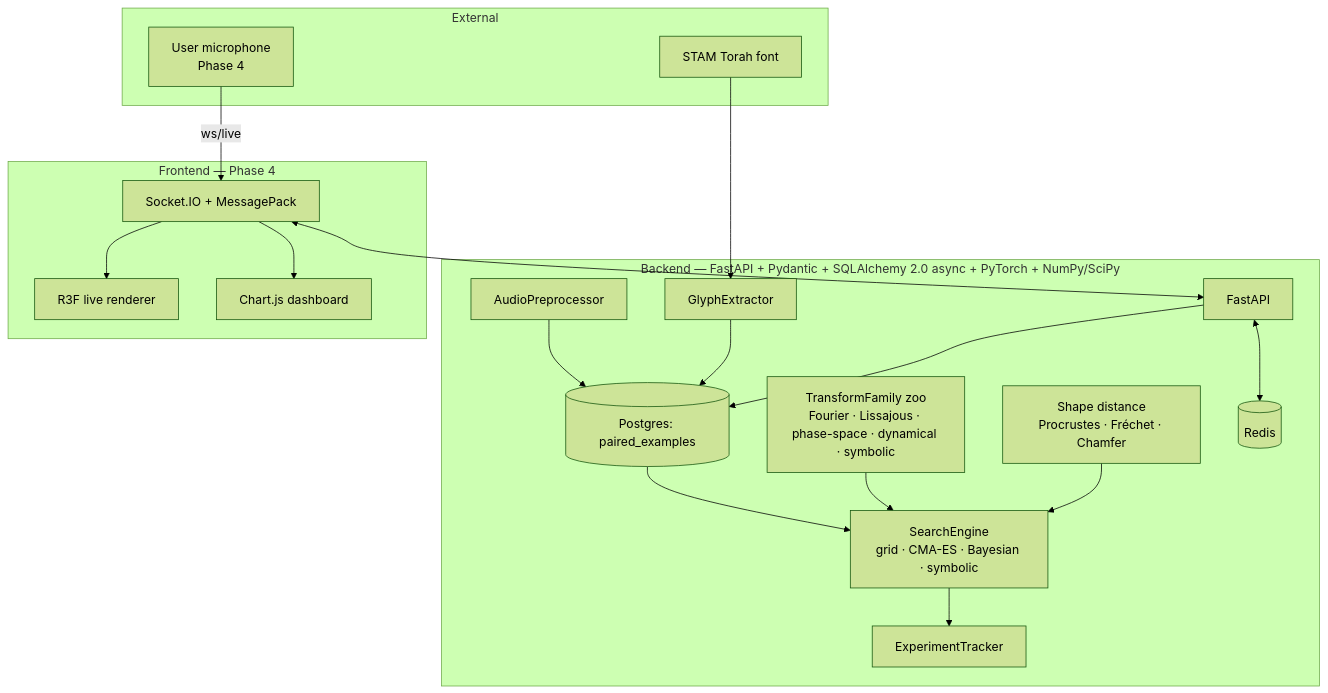
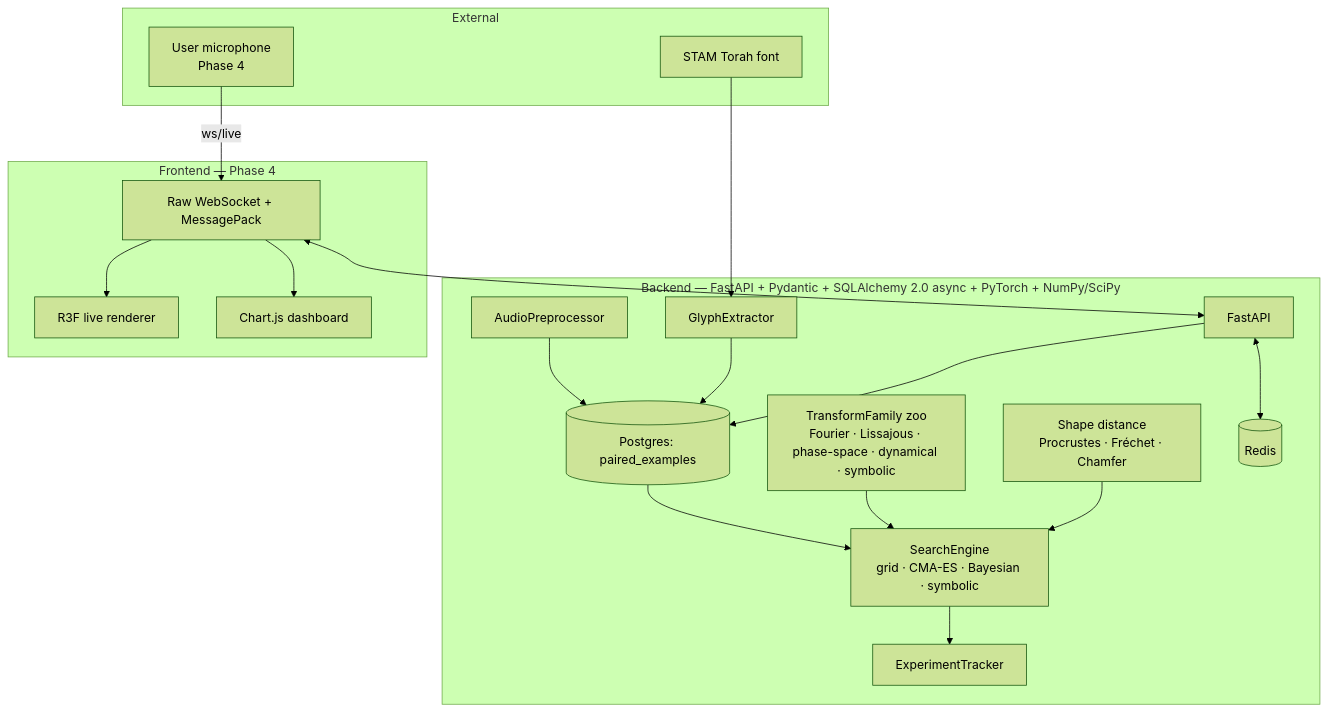
One commit to amrambouskila/audio-glyph-inference changed the first of 2 diagrams in README.md. Above: the diagram before and after it, drawn with Mermaid (forest theme). The commit also changed other lines of this file and 228 other files, not shown here.

````diff
--- a/README.md
+++ b/README.md
@@ -19,39 +19,39 @@
 ```mermaid
 graph TD
     subgraph "External"
         USER[User microphone<br/>Phase 4]
         FONT[STAM Torah font]
     end
 
     subgraph "Backend — FastAPI + Pydantic + SQLAlchemy 2.0 async + PyTorch + NumPy/SciPy"
         PREP[AudioPreprocessor]
         GLYPH[GlyphExtractor]
         PAIRS[(Postgres: paired_examples)]
         TRANSFORMS[TransformFamily zoo<br/>Fourier · Lissajous · phase-space · dynamical · symbolic]
         SEARCH[SearchEngine<br/>grid · CMA-ES · Bayesian · symbolic]
         SCORE[Shape distance<br/>Procrustes · Fréchet · Chamfer]
         TRACK[ExperimentTracker]
         API[FastAPI]
         REDIS[(Redis)]
     end
 
     subgraph "Frontend — Phase 4"
-        WS[Socket.IO + MessagePack]
+        WS[Raw WebSocket + MessagePack]
         LIVE[R3F live renderer]
         DASH[Chart.js dashboard]
     end
 
     FONT --> GLYPH
     USER -->|ws/live| WS
     PREP --> PAIRS
     GLYPH --> PAIRS
     PAIRS --> SEARCH
     TRANSFORMS --> SEARCH
     SCORE --> SEARCH
     SEARCH --> TRACK
     API --> PAIRS
     API <--> REDIS
     WS <--> API
     WS --> LIVE
     WS --> DASH
 ```
````
